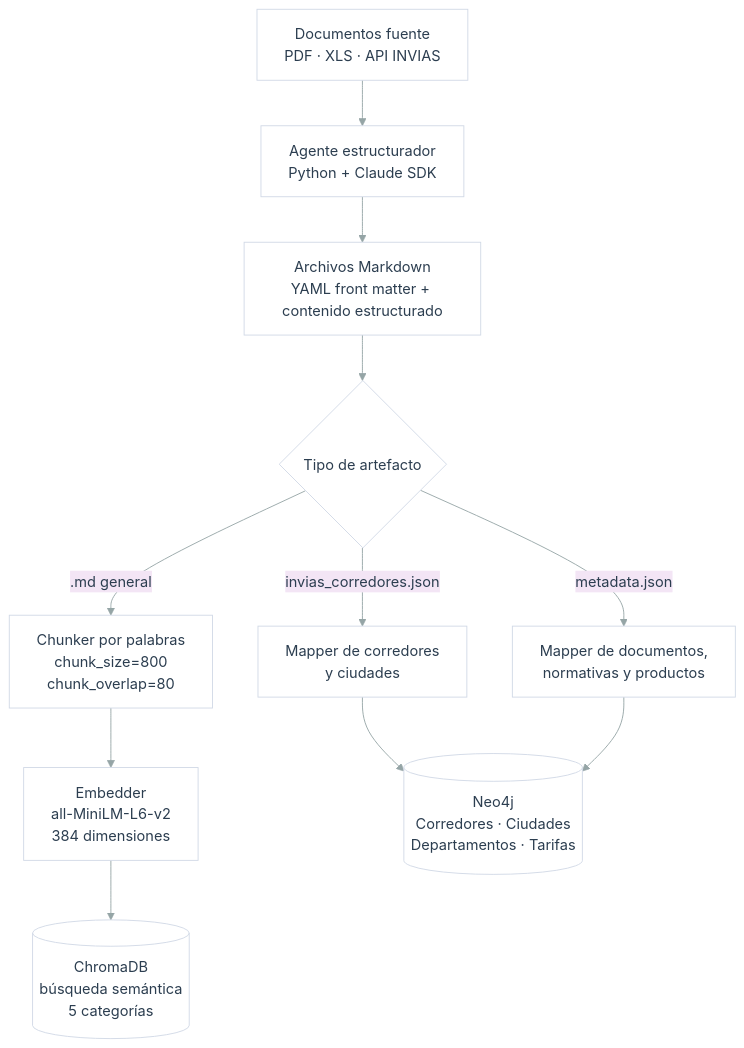
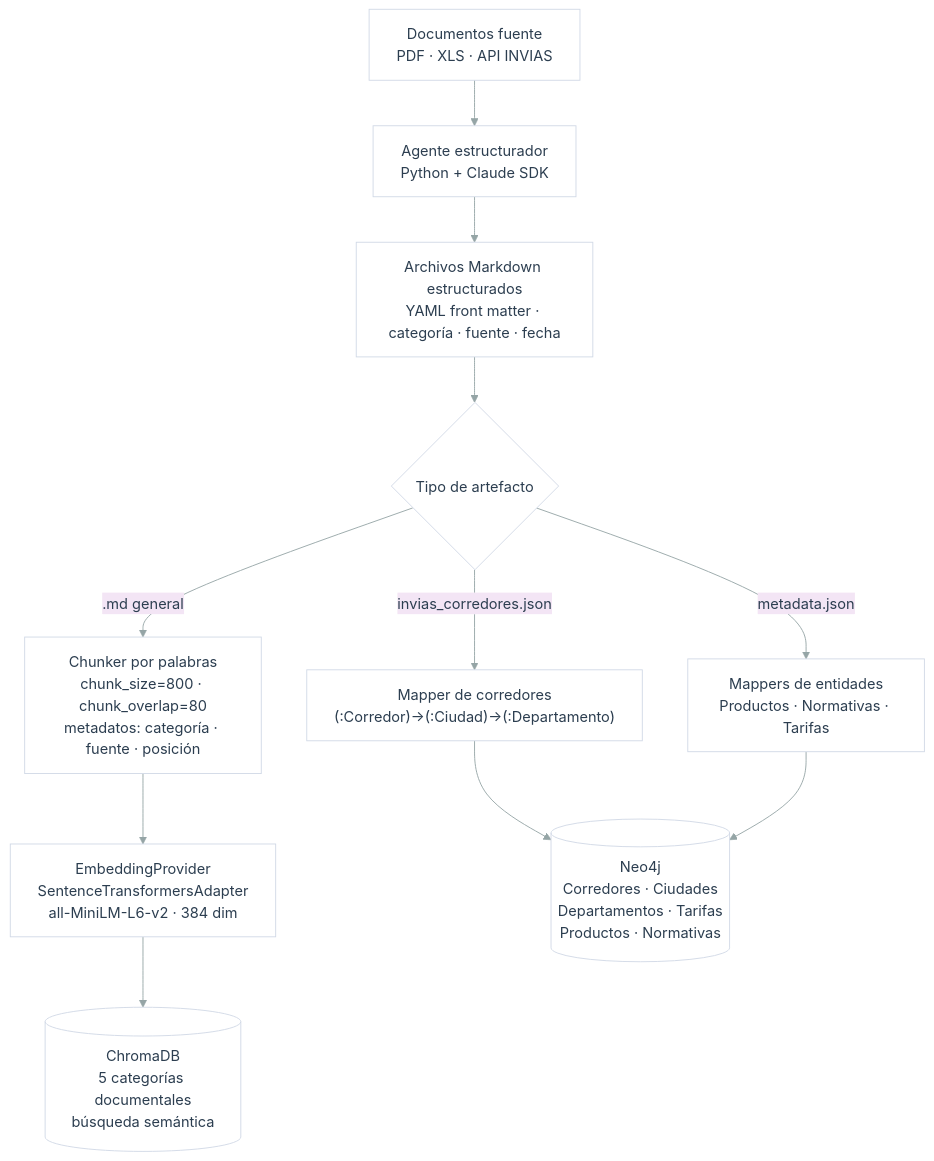
One commit to elizabethtrch/ST1701_dis-rag-vehicle-selection changed the second of 3 diagrams in docs/entrega_2/entrega_final_disenio_y_analisis.md. Above: the diagram before and after it, drawn with Mermaid. The commit also changed other lines of this file, not shown here.

First line of the commit message:
docs: corregir fidelidad técnica de los tres diagramas Mermaid

````diff
--- a/docs/entrega_2/entrega_final_disenio_y_analisis.md
+++ b/docs/entrega_2/entrega_final_disenio_y_analisis.md
@@ -140,27 +161,27 @@
 ```mermaid
 %%{init: {
   'theme': 'base',
   'themeVariables': {
     'primaryColor': '#e1f5fe',
     'primaryTextColor': '#2c3e50',
     'primaryBorderColor': '#b3e5fc',
     'lineColor': '#95a5a6',
     'secondaryColor': '#f3e5f5',
     'tertiaryColor': '#e8f5e9',
     'mainBkg': '#ffffff',
     'nodeBorder': '#d1d9e6',
     'clusterBkg': '#fafafa'
   }
 }}%%
 flowchart TD
     A["Documentos fuente<br>PDF · XLS · API INVIAS"] --> B["Agente estructurador<br>Python + Claude SDK"]
-    B --> C["Archivos Markdown<br>YAML front matter + contenido estructurado"]
+    B --> C["Archivos Markdown estructurados<br>YAML front matter · categoría · fuente · fecha"]
     C --> D{"Tipo de artefacto"}
-    D -->|".md general"| E["Chunker por palabras<br>chunk_size=800<br>chunk_overlap=80"]
-    D -->|"invias_corredores.json"| F["Mapper de corredores<br>y ciudades"]
-    D -->|"metadata.json"| G["Mapper de documentos,<br>normativas y productos"]
-    E --> H["Embedder<br>all-MiniLM-L6-v2<br>384 dimensiones"]
-    H --> I[("ChromaDB<br>búsqueda semántica<br>5 categorías")]
-    F --> J[("Neo4j<br>Corredores · Ciudades<br>Departamentos · Tarifas")]
+    D -->|".md general"| E["Chunker por palabras<br>chunk_size=800 · chunk_overlap=80<br>metadatos: categoría · fuente · posición"]
+    D -->|"invias_corredores.json"| F["Mapper de corredores<br>(:Corredor)→(:Ciudad)→(:Departamento)"]
+    D -->|"metadata.json"| G["Mappers de entidades<br>Productos · Normativas · Tarifas"]
+    E --> H["EmbeddingProvider<br>SentenceTransformersAdapter<br>all-MiniLM-L6-v2 · 384 dim"]
+    H --> I[("ChromaDB<br>5 categorías documentales<br>búsqueda semántica")]
+    F --> J[("Neo4j<br>Corredores · Ciudades<br>Departamentos · Tarifas<br>Productos · Normativas")]
     G --> J
 ```
````
